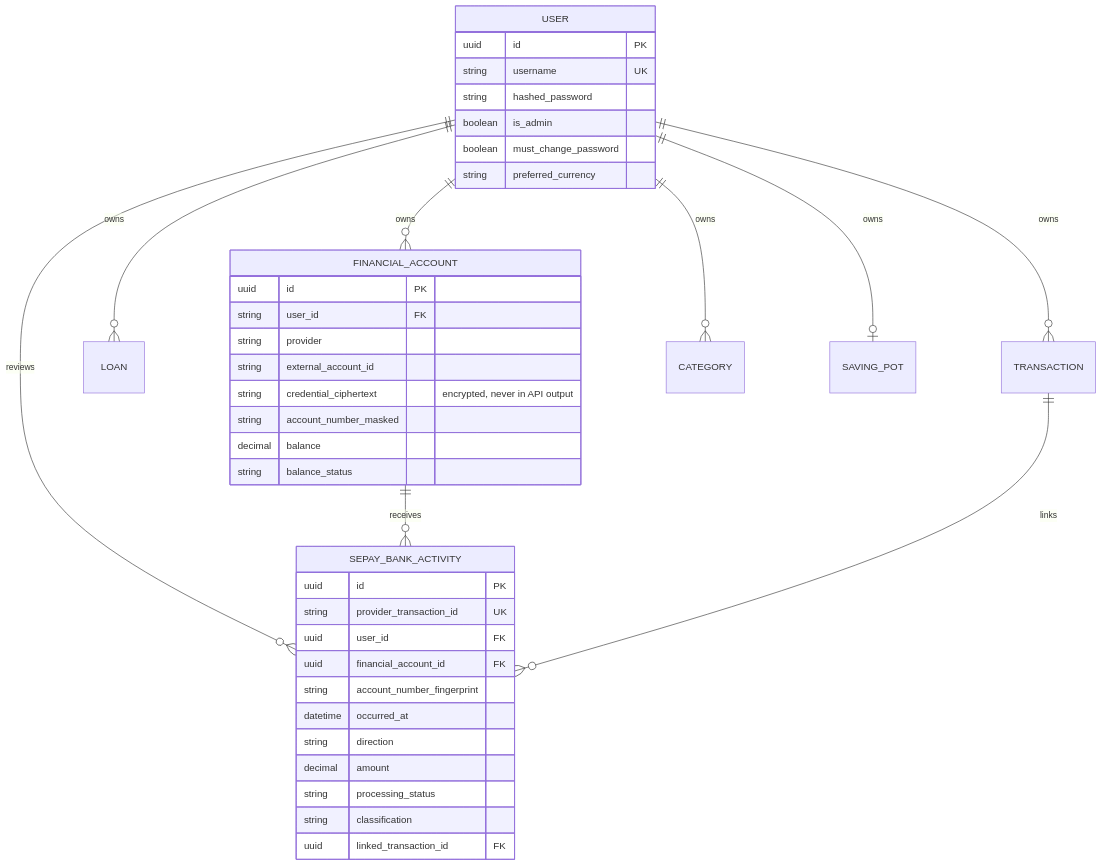
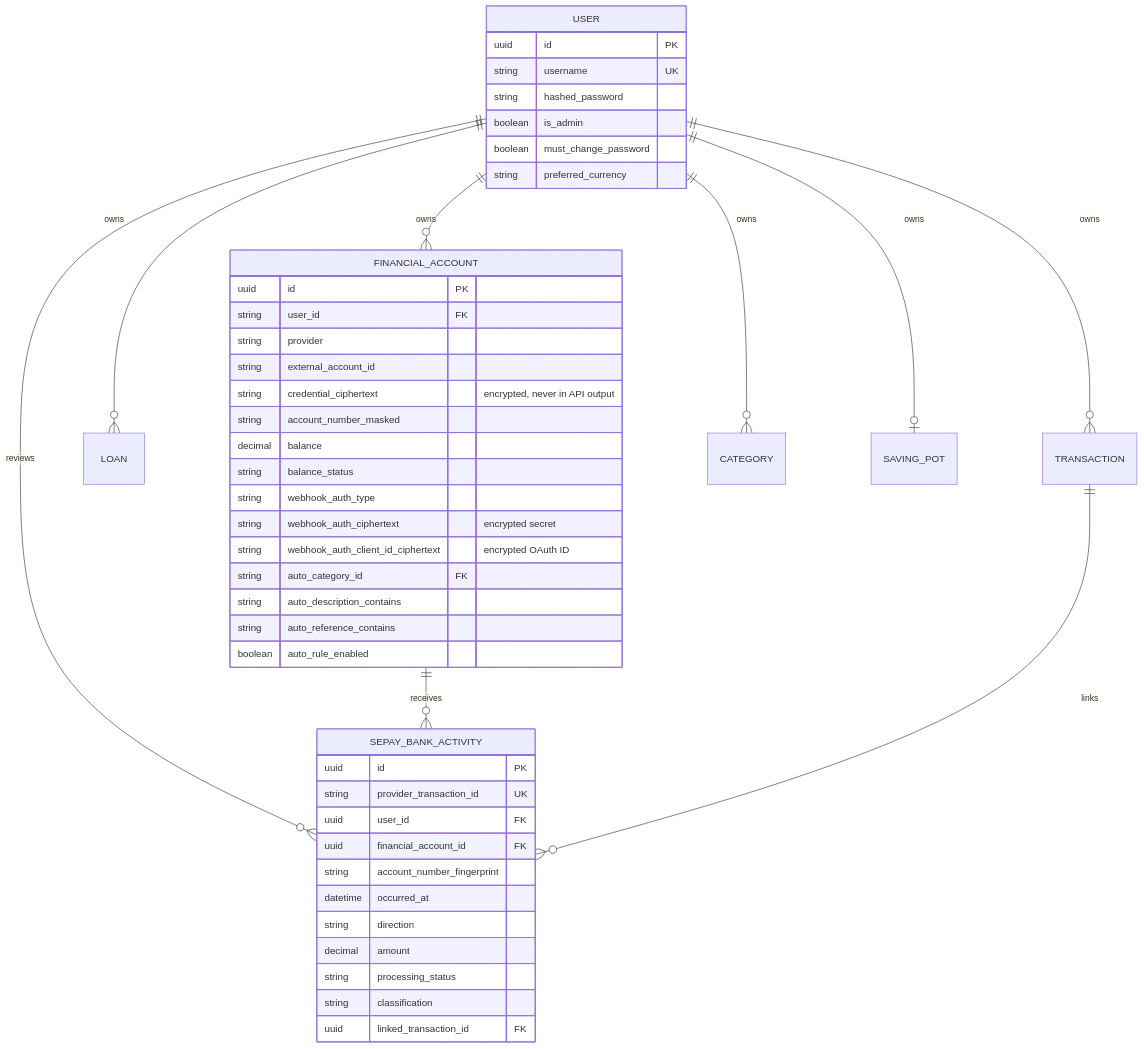
One commit to st-mich43l/apexvoid-ledger changed the fourth of 10 diagrams in docs/ARCHITECTURE.md. Above: the diagram before and after it, drawn with Mermaid. The commit also changed other lines of this file and 3 other files, not shown here.

````diff
--- a/docs/ARCHITECTURE.md
+++ b/docs/ARCHITECTURE.md
@@ -141,42 +142,49 @@
 ```mermaid
 erDiagram
     USER ||--o{ FINANCIAL_ACCOUNT : owns
     USER ||--o{ LOAN : owns
     USER ||--o{ TRANSACTION : owns
     USER ||--o{ CATEGORY : owns
     USER ||--o| SAVING_POT : owns
     USER ||--o{ SEPAY_BANK_ACTIVITY : reviews
     FINANCIAL_ACCOUNT ||--o{ SEPAY_BANK_ACTIVITY : receives
     TRANSACTION ||--o{ SEPAY_BANK_ACTIVITY : links
     FINANCIAL_ACCOUNT {
         uuid id PK
         string user_id FK
         string provider
         string external_account_id
         string credential_ciphertext "encrypted, never in API output"
         string account_number_masked
         decimal balance
         string balance_status
+        string webhook_auth_type
+        string webhook_auth_ciphertext "encrypted secret"
+        string webhook_auth_client_id_ciphertext "encrypted OAuth ID"
+        string auto_category_id FK
+        string auto_description_contains
+        string auto_reference_contains
+        boolean auto_rule_enabled
     }
     SEPAY_BANK_ACTIVITY {
         uuid id PK
         string provider_transaction_id UK
         uuid user_id FK
         uuid financial_account_id FK
         string account_number_fingerprint
         datetime occurred_at
         string direction
         decimal amount
         string processing_status
         string classification
         uuid linked_transaction_id FK
     }
     USER {
         uuid id PK
         string username UK
         string hashed_password
         boolean is_admin
         boolean must_change_password
         string preferred_currency
     }
 ```
````
